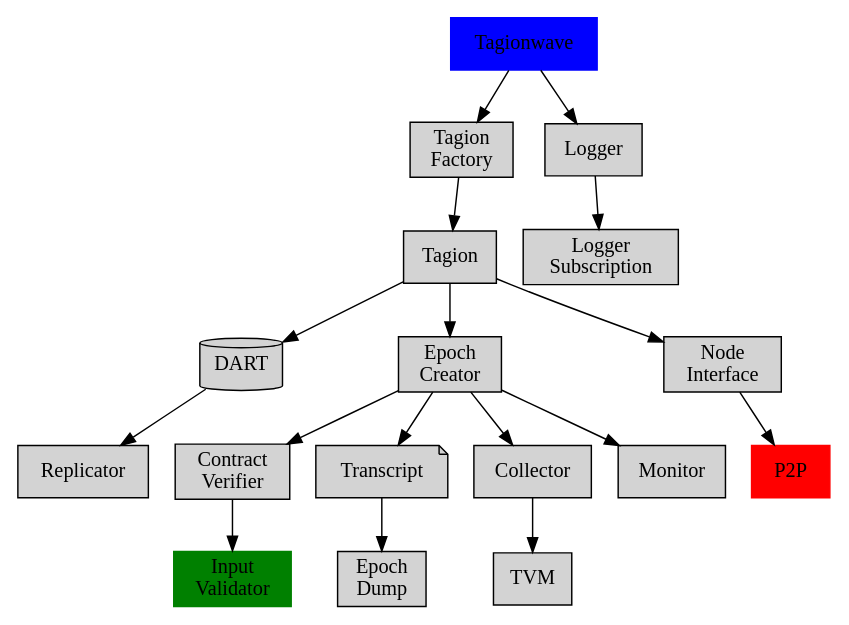
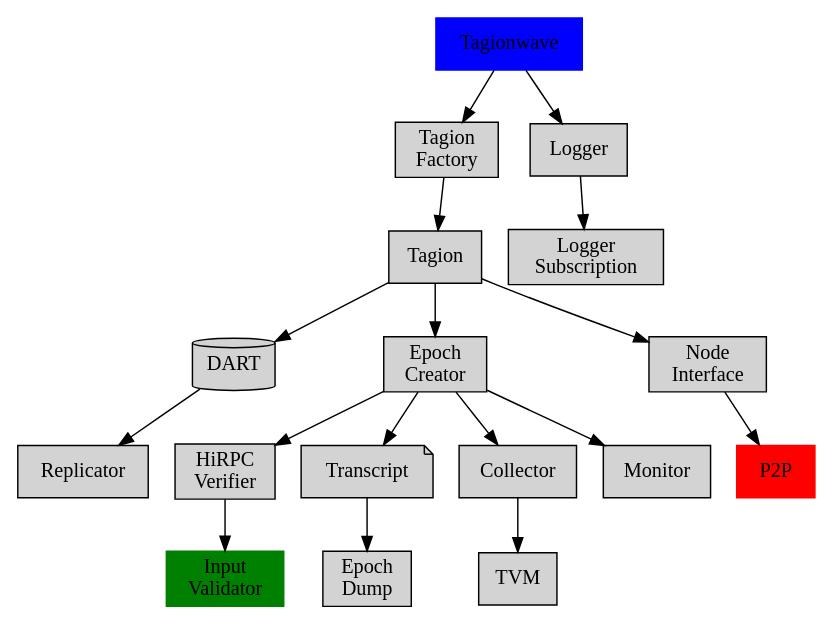
One commit to tagion/tagion changed the second of 2 diagrams in documents/architecture/Network_Architecture.md. Above: the diagram before and after it, drawn with Graphviz. The commit also changed other lines of this file and 5 other files, not shown here.

Commit message:
update documentation for Contract/HiRPCVerifier

````diff
--- a/documents/architecture/Network_Architecture.md
+++ b/documents/architecture/Network_Architecture.md
@@ -74,39 +74,39 @@
 ```graphviz
 digraph tagion_hierarchy {
     rankdir=UD;
     size="8,5"
    node [style=filled shape=rect]
    Input [href="#/documents/architecture/InputValidator.md" label="Input\nValidator" color=green ]
 Tagion [href="#/documents/architecture/Tagion.md"]
 Tagionwave [color=blue]
 TagionFactory [href="#/documents/architecture/Collector.md" label="Tagion\nFactory"]
 TVM [href="#/documents/architecture/TVM.md"] 
 DART [href="#/documents/architecture/DART.md" shape = cylinder]
 Replicator [href="#/documents/architecture/Replicator.md"] 
-ContractVerifier [href="#/documents/architecture/ContractVerifier.md" label="Contract\nVerifier"]
+HiRPCVerifier [href="#/documents/architecture/HiRPCVerifier.md" label="HiRPC\nVerifier"]
 Transcript [href="#/documents/architecture/Transcript.md" shape = note]
 Collector [href="#/documents/architecture/Collector.md" shape=rect]
 EpochCreator [href="#/documents/architecture/EpochCreator.md" label="Epoch\nCreator"]
 EpochDump [href="#/documents/architecture/EpochDump.md" label="Epoch\nDump"]
 NodeInterface [href="#/documents/architecture/NodeInterface.md" lshape=rect label="Node\nInterface"]
 P2P [href="#/documents/architecture/P2P.md" color=red]
 LoggerSubscription [href="#/documents/architecture/LoggerSubscription.md" label="Logger\nSubscription"]
 Logger [href="#/documents/architecture/Logger.md"] 
 Monitor [href="#/documents/architecture/Monitor.md"] 
 node [shape = rect];
 	Tagionwave -> Logger -> LoggerSubscription;
 	Tagionwave -> TagionFactory;
 	TagionFactory -> Tagion;
 	Tagion -> NodeInterface -> P2P;
 	DART -> Replicator;
 	Tagion -> DART;
     Tagion -> EpochCreator;
-	EpochCreator -> ContractVerifier;
+	EpochCreator -> HiRPCVerifier;
 	EpochCreator -> Transcript;
 	EpochCreator -> Collector;
 	Transcript -> EpochDump;
 	EpochCreator -> Monitor;
 	Collector -> TVM;
-	ContractVerifier -> Input;
+	HiRPCVerifier -> Input;
 }
 ```
````
